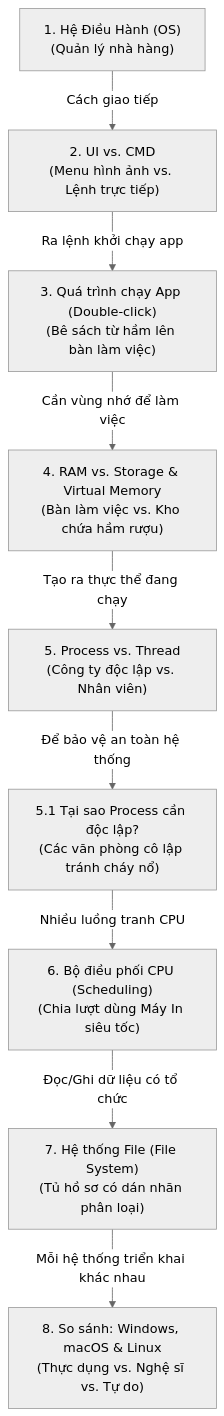
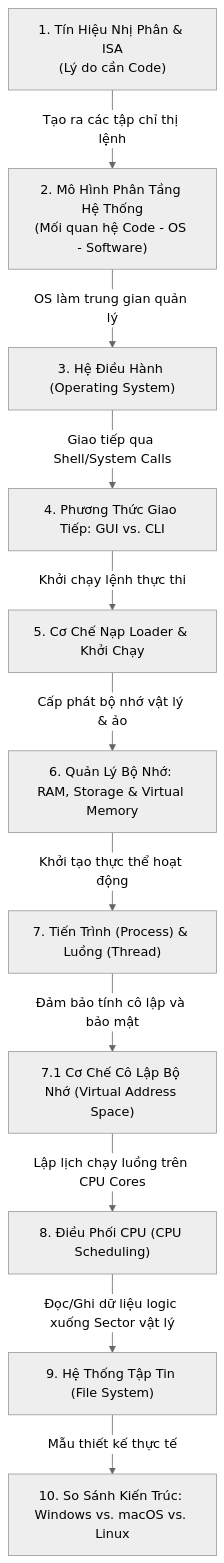
Before and after one commit to NghiaDPTWork/cs-fundamentals: the diagram in operation-system/os_fundamentals.md, drawn with Mermaid (neutral theme). The commit also changed other lines of this file, not shown here.

Commit message:
docs(os): technically rewrite OS guide and clarify code-OS-software relationship

````diff
--- a/operation-system/os_fundamentals.md
+++ b/operation-system/os_fundamentals.md
@@ -9,11 +9,13 @@
 ```mermaid
 graph TD
-    A["1. Hệ Điều Hành (OS)<br/>(Quản lý nhà hàng)"] -->|Cách giao tiếp| B["2. UI vs. CMD<br/>(Menu hình ảnh vs. Lệnh trực tiếp)"]
-    B -->|Ra lệnh khởi chạy app| C["3. Quá trình chạy App (Double-click)<br/>(Bê sách từ hầm lên bàn làm việc)"]
-    C -->|Cần vùng nhớ để làm việc| D["4. RAM vs. Storage & Virtual Memory<br/>(Bàn làm việc vs. Kho chứa hầm rượu)"]
-    D -->|Tạo ra thực thể đang chạy| E["5. Process vs. Thread<br/>(Công ty độc lập vs. Nhân viên)"]
-    E -->|Để bảo vệ an toàn hệ thống| E2["5.1 Tại sao Process cần độc lập?<br/>(Các văn phòng cô lập tránh cháy nổ)"]
-    E2 -->|Nhiều luồng tranh CPU| F["6. Bộ điều phối CPU (Scheduling)<br/>(Chia lượt dùng Máy In siêu tốc)"]
-    F -->|Đọc/Ghi dữ liệu có tổ chức| G["7. Hệ thống File (File System)<br/>(Tủ hồ sơ có dán nhãn phân loại)"]
-    G -->|Mỗi hệ thống triển khai khác nhau| H["8. So sánh: Windows, macOS & Linux<br/>(Thực dụng vs. Nghệ sĩ vs. Tự do)"]
+    A["1. Tín Hiệu Nhị Phân & ISA<br/>(Lý do cần Code)"] -->|Tạo ra các tập chỉ thị lệnh| B["2. Mô Hình Phân Tầng Hệ Thống<br/>(Mối quan hệ Code - OS - Software)"]
+    B -->|OS làm trung gian quản lý| C["3. Hệ Điều Hành (Operating System)"]
+    C -->|Giao tiếp qua Shell/System Calls| D["4. Phương Thức Giao Tiếp: GUI vs. CLI"]
+    D -->|Khởi chạy lệnh thực thi| E["5. Cơ Chế Nạp Loader & Khởi Chạy"]
+    E -->|Cấp phát bộ nhớ vật lý & ảo| F["6. Quản Lý Bộ Nhớ: RAM, Storage & Virtual Memory"]
+    F -->|Khởi tạo thực thể hoạt động| G["7. Tiến Trình (Process) & Luồng (Thread)"]
+    G -->|Đảm bảo tính cô lập và bảo mật| G2["7.1 Cơ Chế Cô Lập Bộ Nhớ (Virtual Address Space)"]
+    G2 -->|Lập lịch chạy luồng trên CPU Cores| H["8. Điều Phối CPU (CPU Scheduling)"]
+    H -->|Đọc/Ghi dữ liệu logic xuống Sector vật lý| I["9. Hệ Thống Tập Tin (File System)"]
+    I -->|Mẫu thiết kế thực tế| J["10. So Sánh Kiến Trúc: Windows vs. macOS vs. Linux"]
 ```
````
